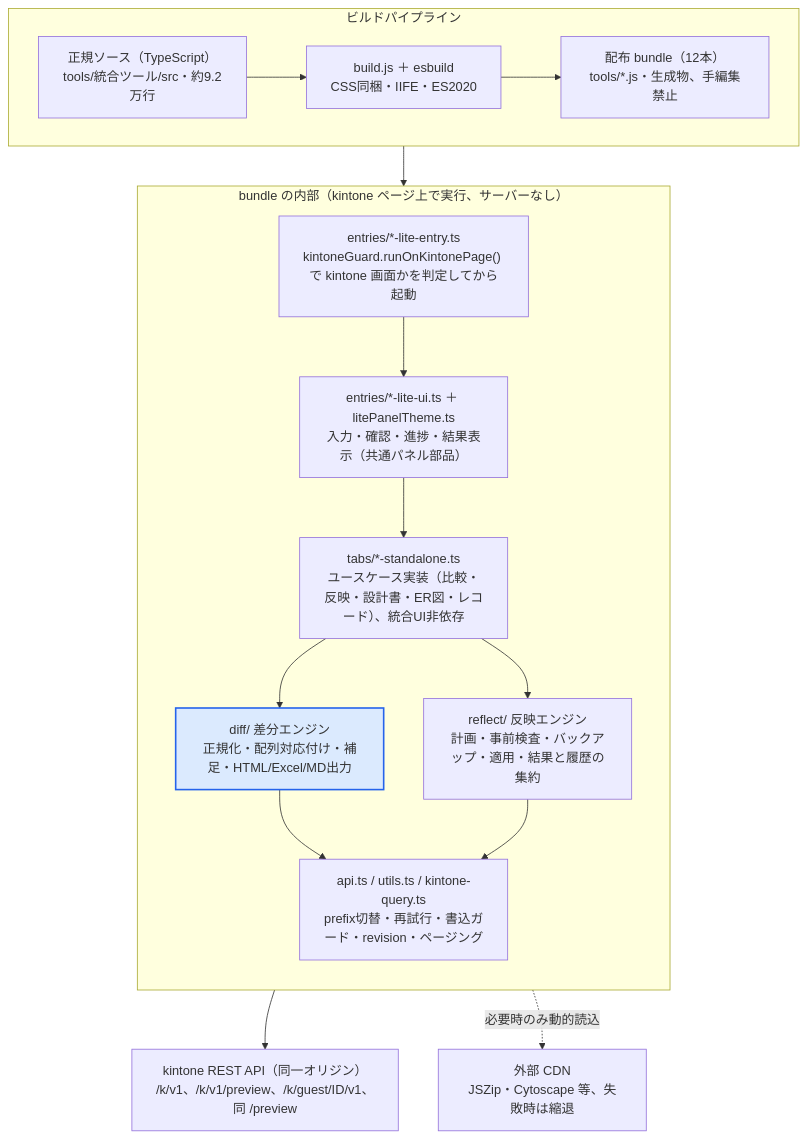
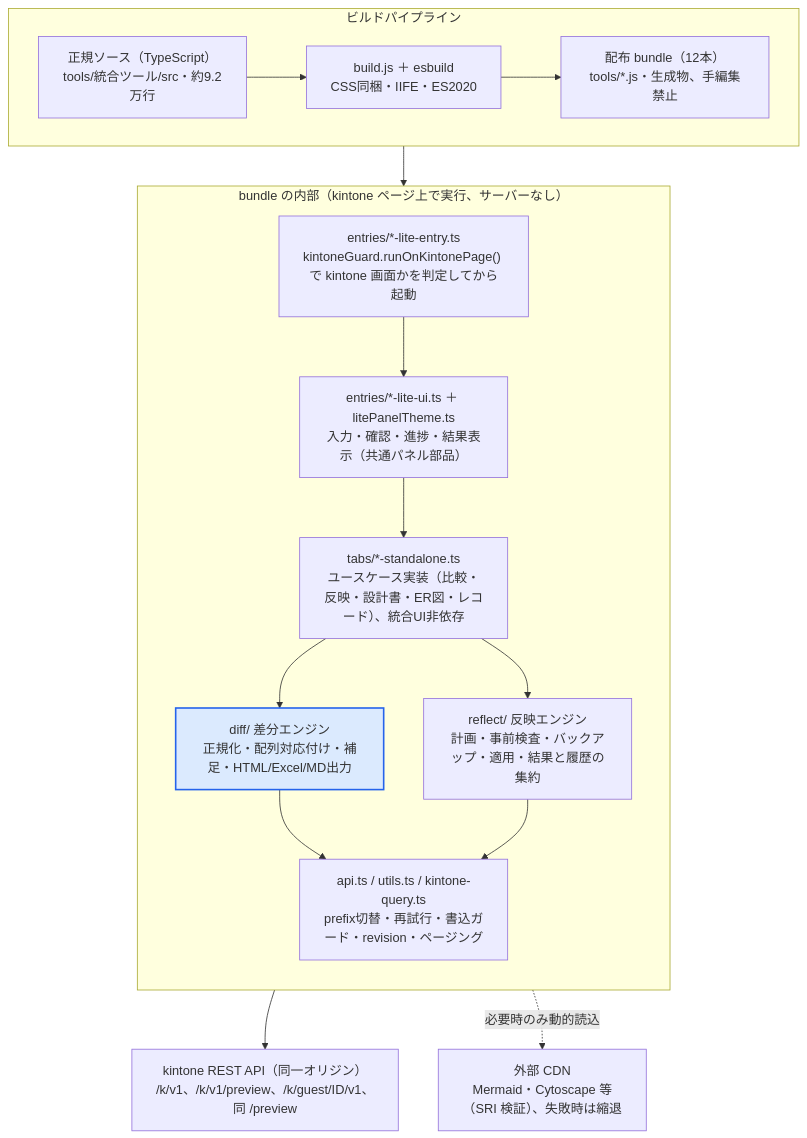
Before and after one commit to kawasakikenta/kintone-lite-suite: the first of 2 diagrams in docs/core-design-and-diff-judgment.md, drawn with Mermaid. The commit also changed other lines of this file and 46 other files, not shown here.

First line of the commit message:
外部CDN依存の解消: ZIP を自前実装に、設計書 Excel のライブラリを同梱、Mermaid を SRI で検証

````diff
--- a/docs/core-design-and-diff-judgment.md
+++ b/docs/core-design-and-diff-judgment.md
@@ -28,20 +28,20 @@
 ```mermaid
 flowchart TB
   subgraph build["ビルドパイプライン"]
     direction LR
     Source["正規ソース（TypeScript）<br/>tools/統合ツール/src・約9.2万行"] --> Build["build.js ＋ esbuild<br/>CSS同梱・IIFE・ES2020"] --> Bundle["配布 bundle（12本）<br/>tools/*.js・生成物、手編集禁止"]
   end
   subgraph runtime["bundle の内部（kintone ページ上で実行、サーバーなし）"]
     direction TB
     Entry["entries/*-lite-entry.ts<br/>kintoneGuard.runOnKintonePage() で kintone 画面かを判定してから起動"] --> UI["entries/*-lite-ui.ts ＋ litePanelTheme.ts<br/>入力・確認・進捗・結果表示（共通パネル部品）"]
     UI --> Tabs["tabs/*-standalone.ts<br/>ユースケース実装（比較・反映・設計書・ER図・レコード）、統合UI非依存"]
     Tabs --> Diff["diff/ 差分エンジン<br/>正規化・配列対応付け・補足・HTML/Excel/MD出力"]
     Tabs --> Reflect["reflect/ 反映エンジン<br/>計画・事前検査・バックアップ・適用・結果と履歴の集約"]
     Diff --> Api["api.ts / utils.ts / kintone-query.ts<br/>prefix切替・再試行・書込ガード・revision・ページング"]
     Reflect --> Api
   end
   Bundle --> Entry
   Api --> Kintone["kintone REST API（同一オリジン）<br/>/k/v1、/k/v1/preview、/k/guest/ID/v1、同 /preview"]
-  Api -. 必要時のみ動的読込 .-> CDN["外部 CDN<br/>JSZip・Cytoscape 等、失敗時は縮退"]
+  Api -. 必要時のみ動的読込 .-> CDN["外部 CDN<br/>Mermaid・Cytoscape 等（SRI 検証）、失敗時は縮退"]
   style Diff fill:#dbeafe,stroke:#2563eb,stroke-width:2px
 ```
````
